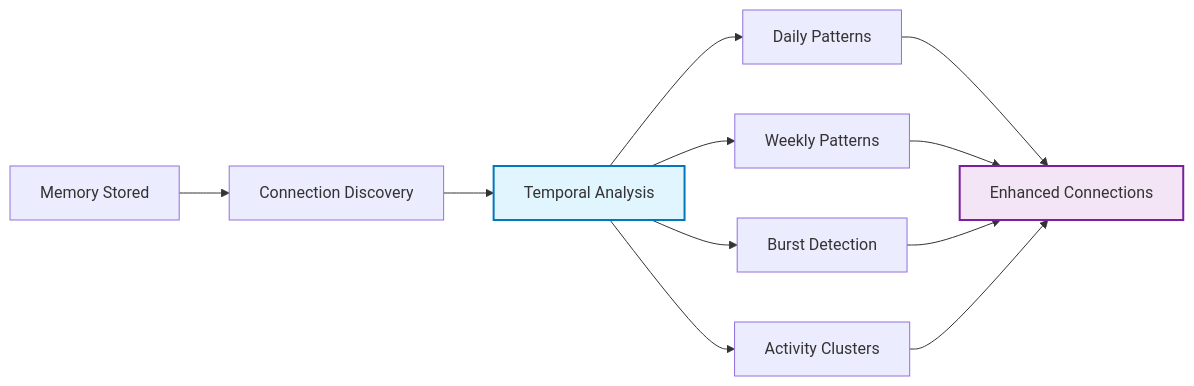
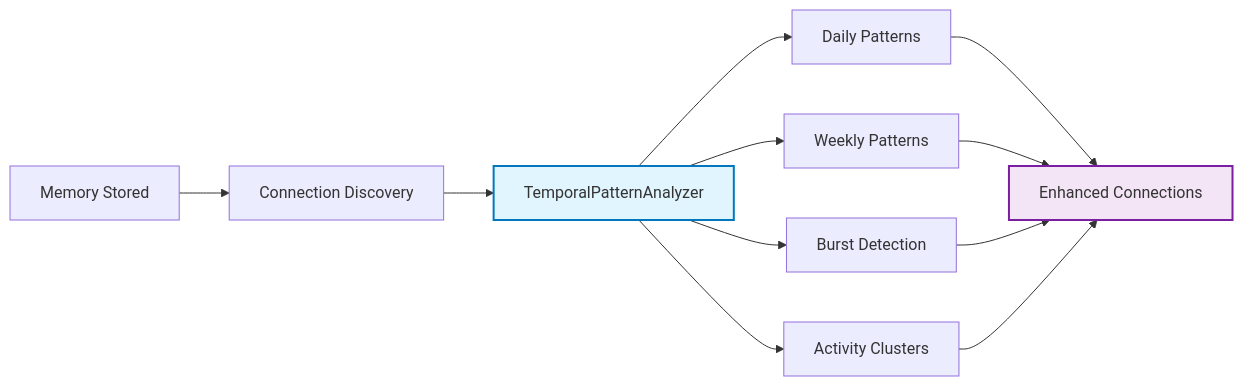
The third of 3 diagrams in docs/memory/memory-connections.md (AgentDock/AgentDock), drawn with Mermaid before and after one commit. The commit also changed other lines of this file and 41 other files, not shown here.

````diff
--- a/docs/memory/memory-connections.md
+++ b/docs/memory/memory-connections.md
@@ -85,18 +85,18 @@
 ```mermaid
 flowchart LR
     A[Memory Stored] --> B[Connection Discovery]
-    B --> C[Temporal Analysis]
+    B --> C[TemporalPatternAnalyzer]
     
     C --> D[Daily Patterns]
     C --> E[Weekly Patterns] 
     C --> F[Burst Detection]
     C --> G[Activity Clusters]
     
     D --> H[Enhanced Connections]
     E --> H
     F --> H
     G --> H
     
     style C fill:#e1f5fe,stroke:#0277bd,stroke-width:2px
     style H fill:#f3e5f5,stroke:#7b1fa2,stroke-width:2px
 ```
````
